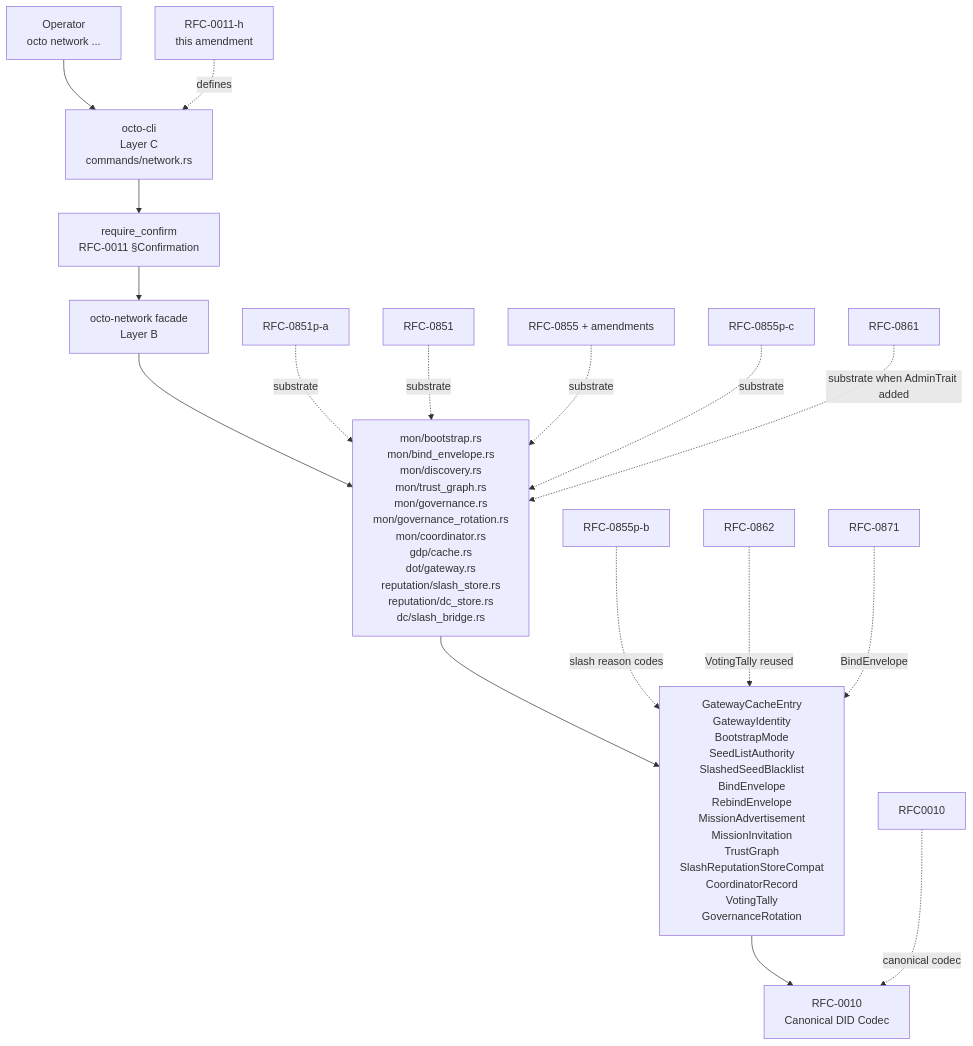
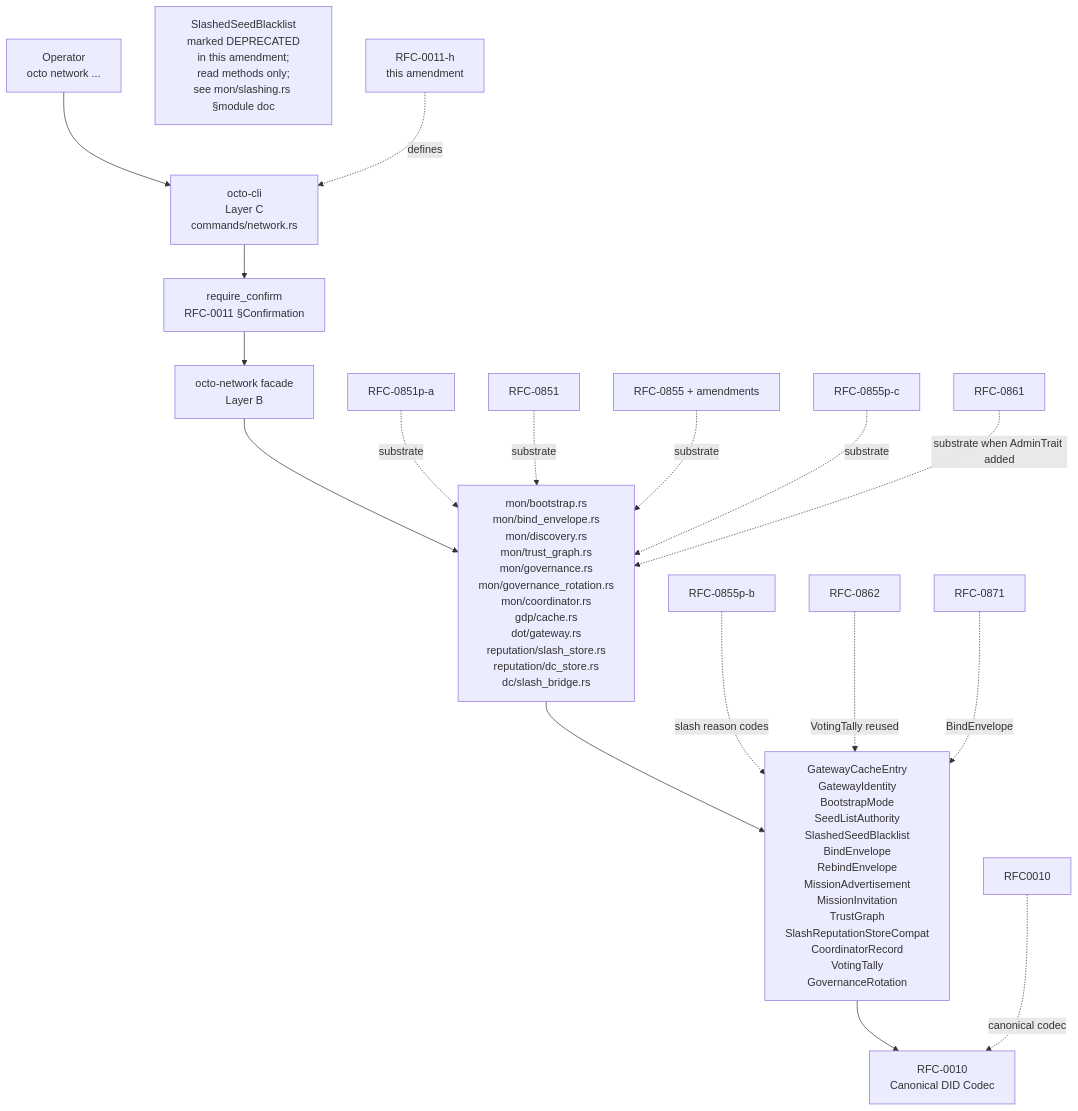
Before and after one commit to CipherOcto/cipherocto: the diagram in rfcs/draft/process/0011-h-oct-cli-network-subcommands.md, drawn with Mermaid. The commit also changed other lines of this file, not shown here.

````diff
--- a/rfcs/draft/process/0011-h-oct-cli-network-subcommands.md
+++ b/rfcs/draft/process/0011-h-oct-cli-network-subcommands.md
@@ -127,20 +127,22 @@
 ```mermaid
 graph TB
     Op[Operator<br/>octo network ...] --> Cli[octo-cli<br/>Layer C<br/>commands/network.rs]
     Cli --> Req[require_confirm<br/>RFC-0011 §Confirmation]
     Req --> Facade[octo-network facade<br/>Layer B]
     Facade --> Substrate[mon/bootstrap.rs<br/>mon/bind_envelope.rs<br/>mon/discovery.rs<br/>mon/trust_graph.rs<br/>mon/governance.rs<br/>mon/governance_rotation.rs<br/>mon/coordinator.rs<br/>gdp/cache.rs<br/>dot/gateway.rs<br/>reputation/slash_store.rs<br/>reputation/dc_store.rs<br/>dc/slash_bridge.rs]
     Substrate --> Types[GatewayCacheEntry<br/>GatewayIdentity<br/>BootstrapMode<br/>SeedListAuthority<br/>SlashedSeedBlacklist<br/>BindEnvelope<br/>RebindEnvelope<br/>MissionAdvertisement<br/>MissionInvitation<br/>TrustGraph<br/>SlashReputationStoreCompat<br/>CoordinatorRecord<br/>VotingTally<br/>GovernanceRotation]
     Types --> Codec[RFC-0010<br/>Canonical DID Codec]
+
+    Note[SlashedSeedBlacklist<br/>marked DEPRECATED<br/>in this amendment;<br/>read methods only;<br/>see mon/slashing.rs §module doc]
 
     RFC0011h[RFC-0011-h<br/>this amendment] -.->|defines| Cli
     RFC0010 -.->|canonical codec| Codec
     RFC0851pA[RFC-0851p-a] -.->|substrate| Substrate
     RFC0851[RFC-0851] -.->|substrate| Substrate
     RFC0855[RFC-0855 + amendments] -.->|substrate| Substrate
     RFC0855pB[RFC-0855p-b] -.->|slash reason codes| Types
     RFC0855pC[RFC-0855p-c] -.->|substrate| Substrate
     RFC0861[RFC-0861] -.->|substrate when AdminTrait added| Substrate
     RFC0862[RFC-0862] -.->|VotingTally reused| Types
     RFC0871[RFC-0871] -.->|BindEnvelope| Types
 ```
````
